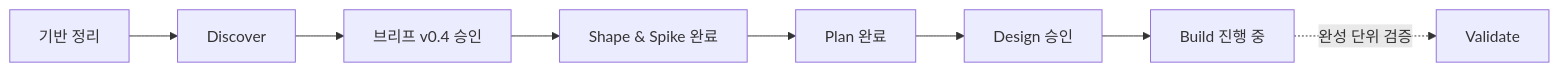
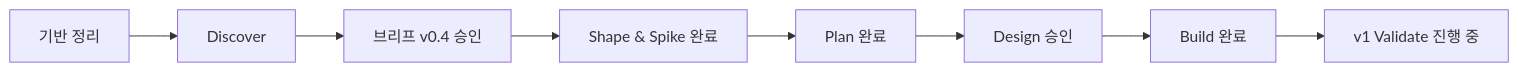
Before and after one commit to shotgun1107/codex-usage-tracker: the second of 2 diagrams in PROCESS.md, drawn with Mermaid. The commit also changed other lines of this file and 10 other files, not shown here.

````diff
--- a/PROCESS.md
+++ b/PROCESS.md
@@ -76,5 +76,4 @@
 ```mermaid
 flowchart LR
-    A["기반 정리"] --> B["Discover"] --> C["브리프 v0.4 승인"] --> D["Shape & Spike 완료"] --> E["Plan 완료"] --> F["Design 승인"] --> G["Build 진행 중"]
-    G -. "완성 단위 검증" .-> H["Validate"]
+    A["기반 정리"] --> B["Discover"] --> C["브리프 v0.4 승인"] --> D["Shape & Spike 완료"] --> E["Plan 완료"] --> F["Design 승인"] --> G["Build 완료"] --> H["v1 Validate 진행 중"]
 ```
````
